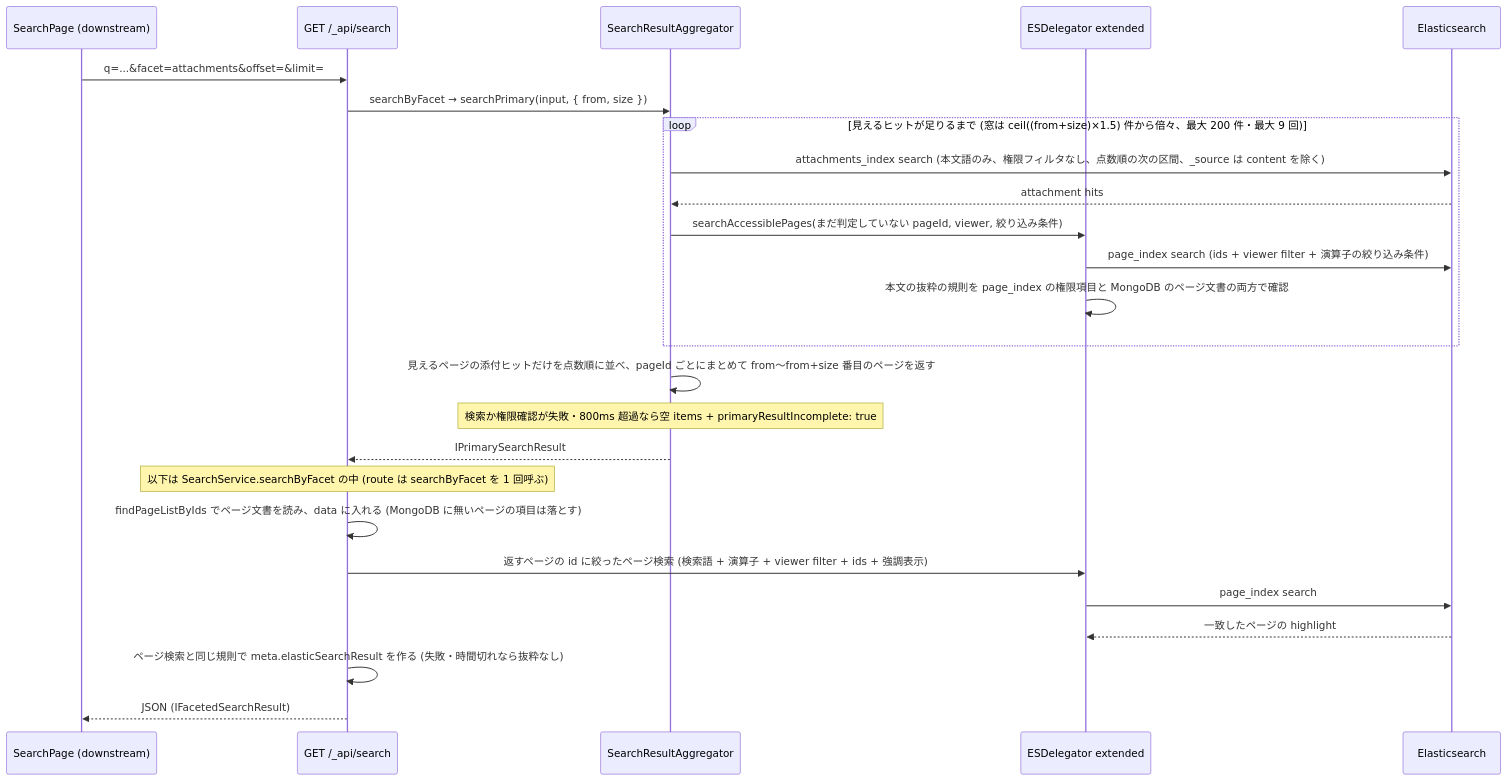
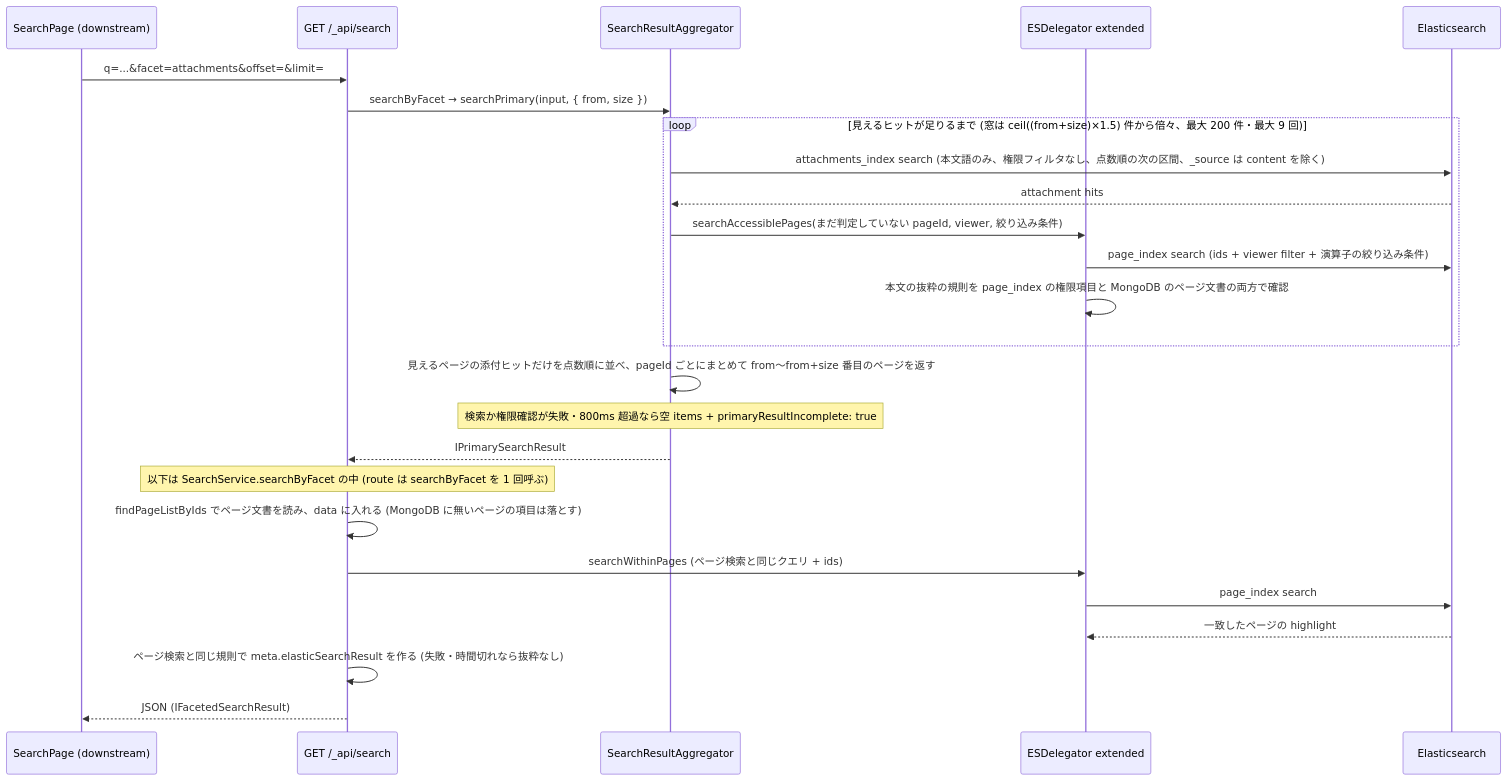
The fourth of 6 diagrams in .kiro/specs/attachment-search-indexing/design.md (growilabs/growi), drawn with Mermaid before and after one commit. The commit also changed other lines of this file and 2 other files, not shown here.

Commit message:
docs(attachment-search-indexing): say the delegator shares page search's query with the snippet search

````diff
--- a/.kiro/specs/attachment-search-indexing/design.md
+++ b/.kiro/specs/attachment-search-indexing/design.md
@@ -376,28 +376,28 @@
 ```mermaid
 sequenceDiagram
     participant UI as SearchPage (downstream)
     participant Api as GET /_api/search
     participant Svc as SearchResultAggregator
     participant Del as ESDelegator extended
     participant ES as Elasticsearch
 
     UI->>Api: q=...&facet=attachments&offset=&limit=
     Api->>Svc: searchByFacet → searchPrimary(input, { from, size })
     loop 見えるヒットが足りるまで (窓は ceil((from+size)×1.5) 件から倍々、最大 200 件・最大 9 回)
         Svc->>ES: attachments_index search (本文語のみ、権限フィルタなし、点数順の次の区間、_source は content を除く)
         ES-->>Svc: attachment hits
         Svc->>Del: searchAccessiblePages(まだ判定していない pageId, viewer, 絞り込み条件)
         Del->>ES: page_index search (ids + viewer filter + 演算子の絞り込み条件)
         Del->>Del: 本文の抜粋の規則を page_index の権限項目と MongoDB のページ文書の両方で確認
     end
     Svc->>Svc: 見えるページの添付ヒットだけを点数順に並べ、pageId ごとにまとめて from〜from+size 番目のページを返す
     Note over Svc: 検索か権限確認が失敗・800ms 超過なら空 items + primaryResultIncomplete: true
     Svc-->>Api: IPrimarySearchResult
     Note over Api: 以下は SearchService.searchByFacet の中 (route は searchByFacet を 1 回呼ぶ)
     Api->>Api: findPageListByIds でページ文書を読み、data に入れる (MongoDB に無いページの項目は落とす)
-    Api->>Del: 返すページの id に絞ったページ検索 (検索語 + 演算子 + viewer filter + ids + 強調表示)
+    Api->>Del: searchWithinPages (ページ検索と同じクエリ + ids)
     Del->>ES: page_index search
     ES-->>Del: 一致したページの highlight
     Api->>Api: ページ検索と同じ規則で meta.elasticSearchResult を作る (失敗・時間切れなら抜粋なし)
     Api-->>UI: JSON (IFacetedSearchResult)
 ```
````
